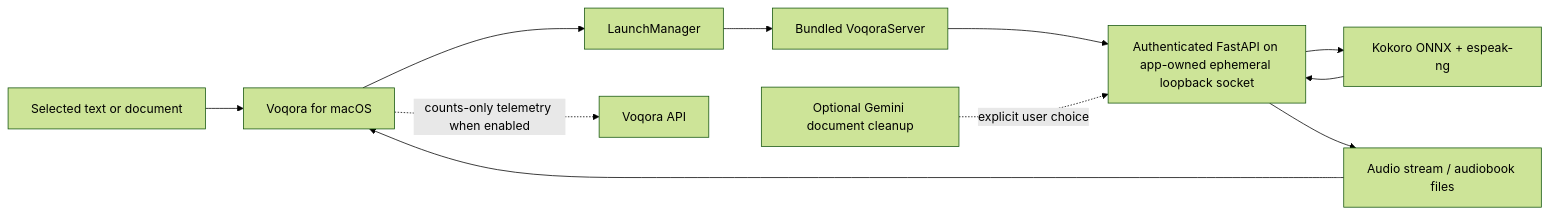
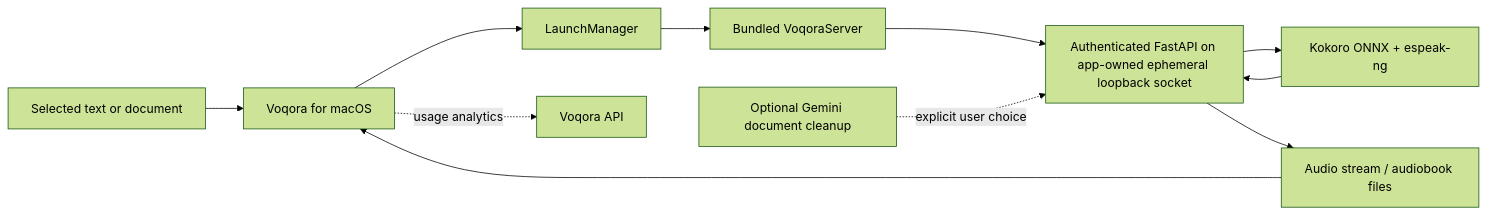
One commit to himudigonda/Voqora changed the diagram in docs/architecture.md. Above: the diagram before and after it, drawn with Mermaid (forest theme). The commit also changed other lines of this file and 9 other files, not shown here.

````diff
--- a/docs/architecture.md
+++ b/docs/architecture.md
@@ -9,13 +9,13 @@
 ```mermaid
 flowchart LR
     U["Selected text or document"] --> M["Voqora for macOS"]
     M --> L["LaunchManager"]
     L --> S["Bundled VoqoraServer"]
     S --> A["Authenticated FastAPI on app-owned ephemeral loopback socket"]
     A --> T["Kokoro ONNX + espeak-ng"]
     T --> A
     A --> P["Audio stream / audiobook files"]
     P --> M
     O["Optional Gemini document cleanup"] -. explicit user choice .-> A
-    M -. counts-only telemetry when enabled .-> H["Voqora API"]
+    M -. usage analytics .-> H["Voqora API"]
 ```
````
